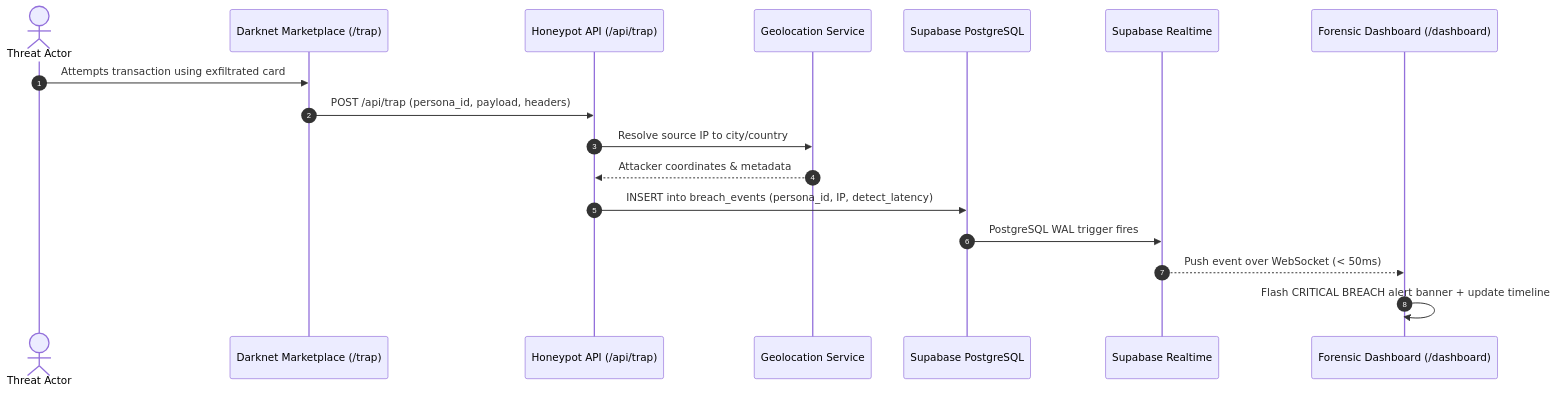
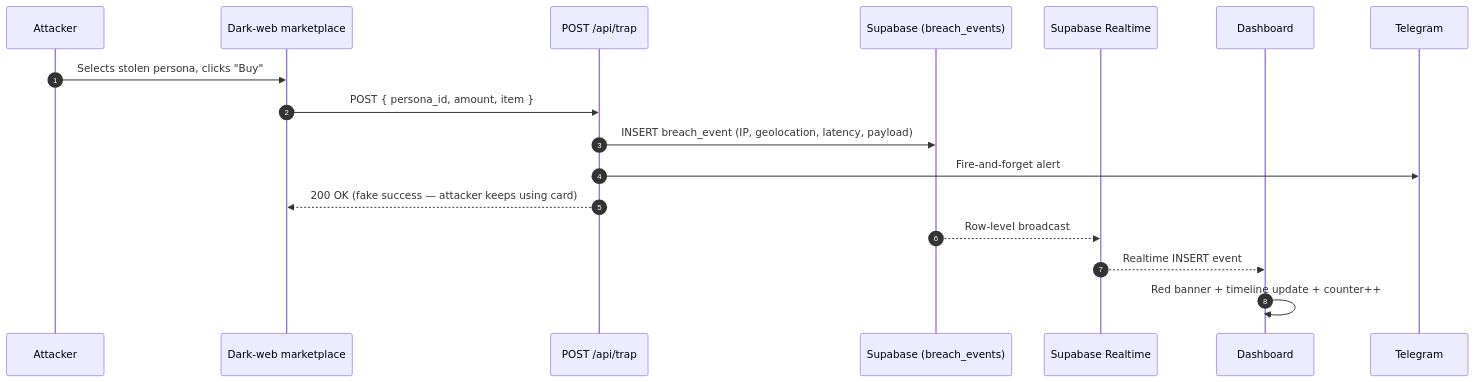
One commit to VinayHadimani/synthetictrap-io changed the diagram in README.md. Above: the diagram before and after it, drawn with Mermaid. The commit also changed other lines of this file and 1 other file, not shown here.

Commit message:
docs: badges, quick start, architecture, and package metadata

````diff
--- a/README.md
+++ b/README.md
@@ -30,20 +40,20 @@
 ```mermaid
 sequenceDiagram
     autonumber
-    actor Attacker as Threat Actor
-    participant Market as Darknet Marketplace (/trap)
-    participant API as Honeypot API (/api/trap)
-    participant Geo as Geolocation Service
-    participant DB as Supabase PostgreSQL
-    participant Realtime as Supabase Realtime
-    participant Dashboard as Forensic Dashboard (/dashboard)
+    participant Attacker
+    participant Marketplace as Dark-web marketplace
+    participant Trap as POST /api/trap
+    participant DB as Supabase (breach_events)
+    participant RT as Supabase Realtime
+    participant Dashboard
+    participant Telegram
 
-    Attacker->>Market: Attempts transaction using exfiltrated card
-    Market->>API: POST /api/trap (persona_id, payload, headers)
-    API->>Geo: Resolve source IP to city/country
-    Geo-->>API: Attacker coordinates & metadata
-    API->>DB: INSERT into breach_events (persona_id, IP, detect_latency)
-    DB->>Realtime: PostgreSQL WAL trigger fires
-    Realtime-->>Dashboard: Push event over WebSocket (< 50ms)
-    Dashboard->>Dashboard: Flash CRITICAL BREACH alert banner + update timeline
+    Attacker->>Marketplace: Selects stolen persona, clicks "Buy"
+    Marketplace->>Trap: POST { persona_id, amount, item }
+    Trap->>DB: INSERT breach_event (IP, geolocation, latency, payload)
+    Trap->>Telegram: Fire-and-forget alert
+    Trap-->>Marketplace: 200 OK (fake success — attacker keeps using card)
+    DB-->>RT: Row-level broadcast
+    RT-->>Dashboard: Realtime INSERT event
+    Dashboard->>Dashboard: Red banner + timeline update + counter++
 ```
````
